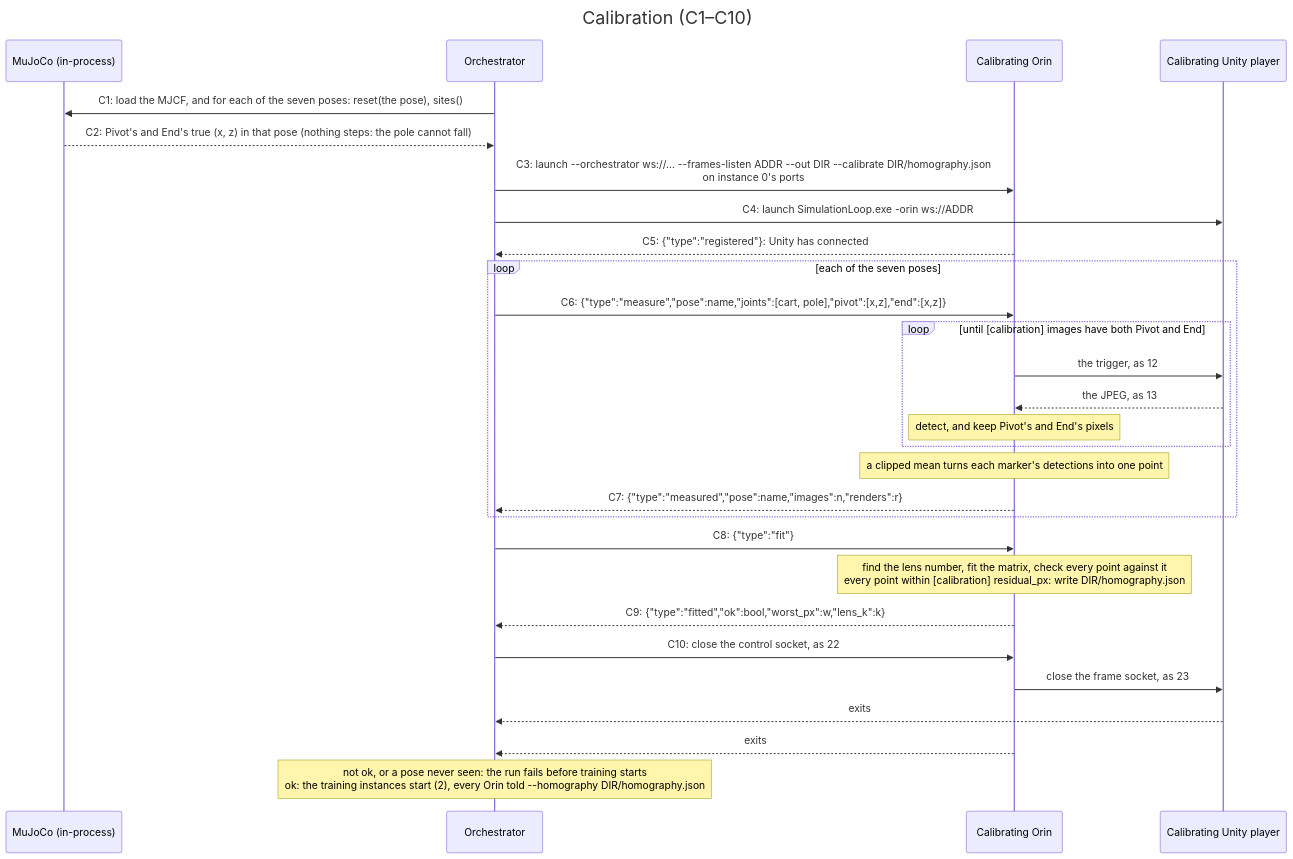
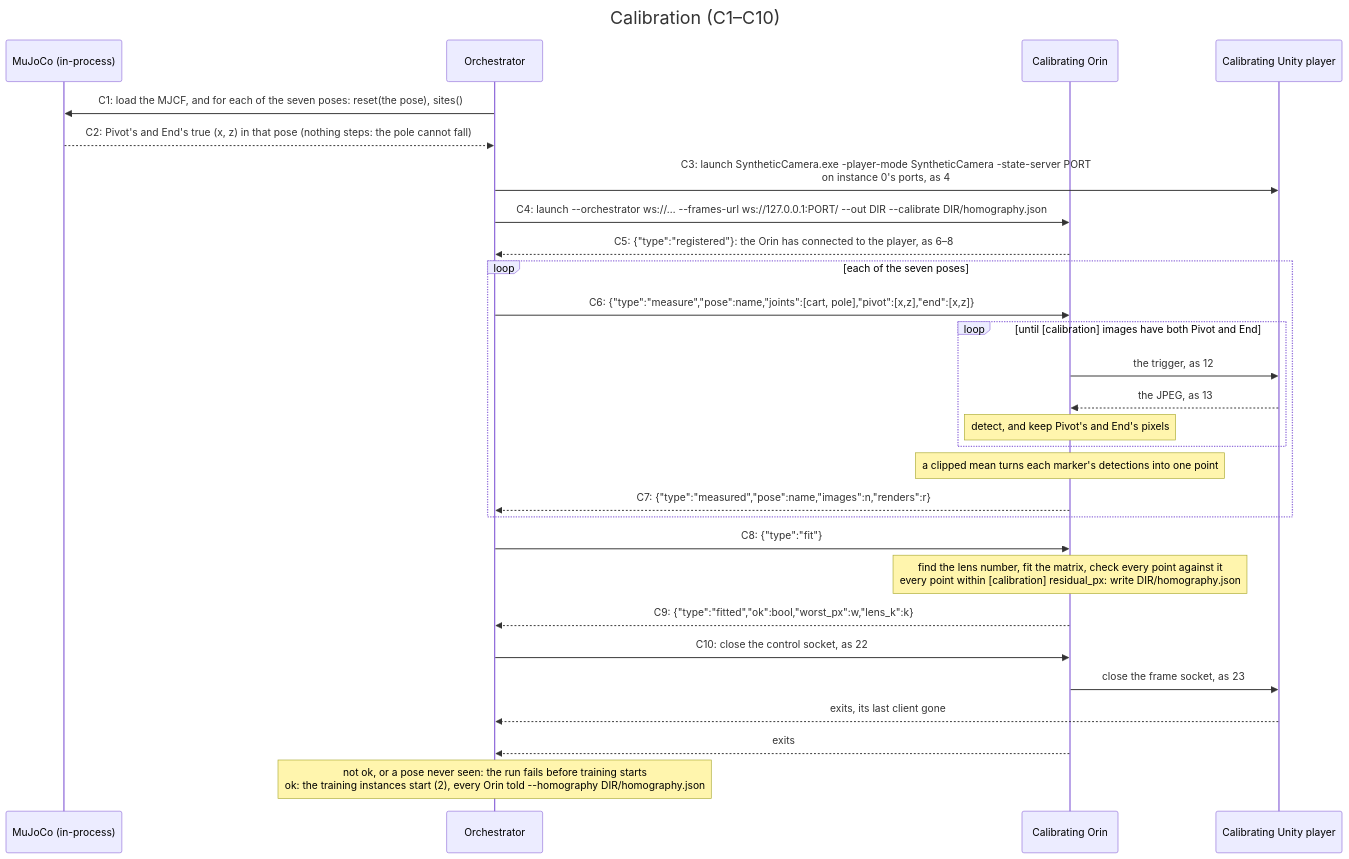
Before and after one commit to TonyMarkham/cart-pole: the third of 3 diagrams in __documentation__/synthetic-loop-dia.md, drawn with Mermaid. The commit also changed other lines of this file and 16 other files, not shown here.

Commit message:
Update Synthetic Training Loop to follow the new Unity Player

````diff
--- a/__documentation__/synthetic-loop-dia.md
+++ b/__documentation__/synthetic-loop-dia.md
@@ -499,36 +503,36 @@
 ```mermaid
 ---
 title: Calibration (C1–C10)
 config:
   themeVariables:
     fontSize: 28px
 ---
 sequenceDiagram
     participant M as MuJoCo (in-process)
     participant O as Orchestrator
     participant N as Calibrating Orin
     participant U as Calibrating Unity player
     O->>M: C1: load the MJCF, and for each of the seven poses: reset(the pose), sites()
     M-->>O: C2: Pivot's and End's true (x, z) in that pose (nothing steps: the pole cannot fall)
-    O->>N: C3: launch --orchestrator ws://… --frames-listen ADDR --out DIR --calibrate DIR/homography.json<br/>on instance 0's ports
-    O->>U: C4: launch SimulationLoop.exe -orin ws://ADDR
-    N-->>O: C5: {"type":"registered"}: Unity has connected
+    O->>U: C3: launch SyntheticCamera.exe -player-mode SyntheticCamera -state-server PORT<br/>on instance 0's ports, as 4
+    O->>N: C4: launch --orchestrator ws://… --frames-url ws://127.0.0.1:PORT/ --out DIR --calibrate DIR/homography.json
+    N-->>O: C5: {"type":"registered"}: the Orin has connected to the player, as 6–8
     loop each of the seven poses
         O->>N: C6: {"type":"measure","pose":name,"joints":[cart, pole],"pivot":[x,z],"end":[x,z]}
         loop until [calibration] images have both Pivot and End
             N->>U: the trigger, as 12
             U-->>N: the JPEG, as 13
             Note over N: detect, and keep Pivot's and End's pixels
         end
         Note over N: a clipped mean turns each marker's detections into one point
         N-->>O: C7: {"type":"measured","pose":name,"images":n,"renders":r}
     end
     O->>N: C8: {"type":"fit"}
     Note over N: find the lens number, fit the matrix, check every point against it<br/>every point within [calibration] residual_px: write DIR/homography.json
     N-->>O: C9: {"type":"fitted","ok":bool,"worst_px":w,"lens_k":k}
     O->>N: C10: close the control socket, as 22
     N->>U: close the frame socket, as 23
-    U-->>O: exits
+    U-->>O: exits, its last client gone
     N-->>O: exits
     Note over O: not ok, or a pose never seen: the run fails before training starts<br/>ok: the training instances start (2), every Orin told --homography DIR/homography.json
 ```
````
